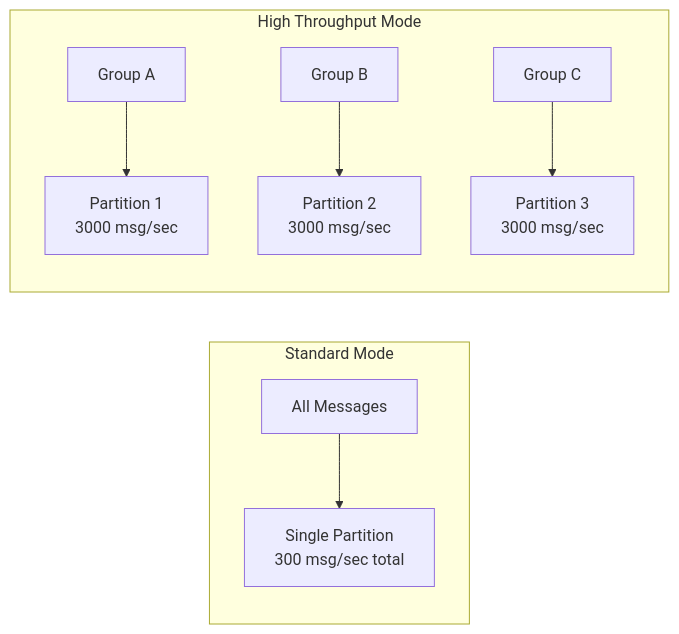
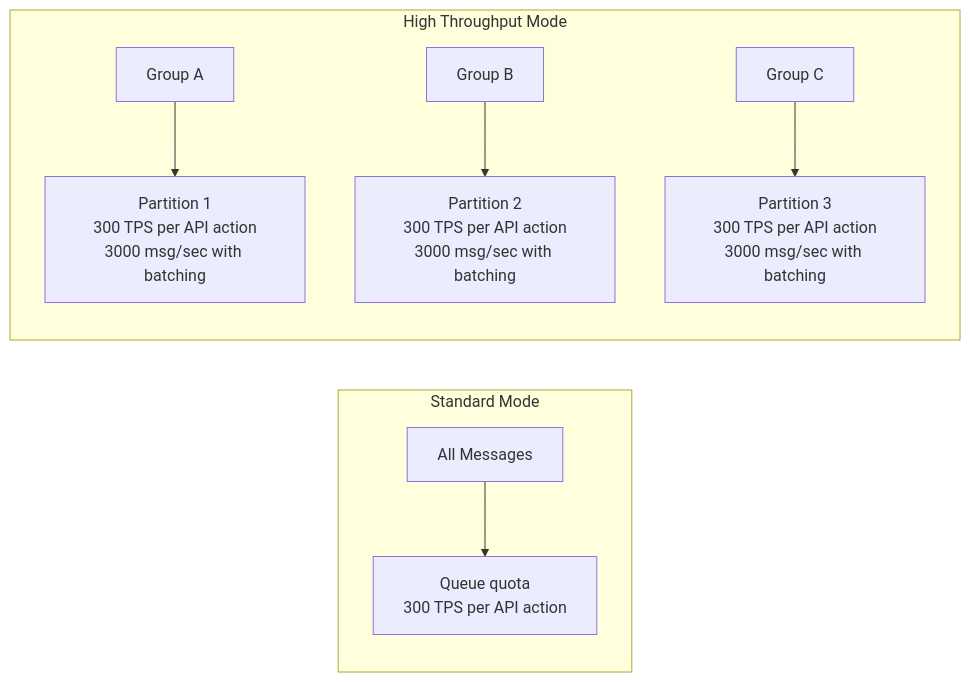
The third of 3 diagrams in posts/2026-01-26-sqs-fifo-queues/README.md (OneUptime/blog), drawn with Mermaid before and after one commit. The commit also changed other lines of this file and 2 other files, not shown here.

````diff
--- a/posts/2026-01-26-sqs-fifo-queues/README.md
+++ b/posts/2026-01-26-sqs-fifo-queues/README.md
@@ -367,12 +365,12 @@
 ```mermaid
 flowchart LR
     subgraph "Standard Mode"
-        S[All Messages] --> SQ[Single Partition<br/>300 msg/sec total]
+        S[All Messages] --> SQ[Queue quota<br/>300 TPS per API action]
     end
 
     subgraph "High Throughput Mode"
-        G1[Group A] --> P1[Partition 1<br/>3000 msg/sec]
-        G2[Group B] --> P2[Partition 2<br/>3000 msg/sec]
-        G3[Group C] --> P3[Partition 3<br/>3000 msg/sec]
+        G1[Group A] --> P1[Partition 1<br/>300 TPS per API action<br/>3000 msg/sec with batching]
+        G2[Group B] --> P2[Partition 2<br/>300 TPS per API action<br/>3000 msg/sec with batching]
+        G3[Group C] --> P3[Partition 3<br/>300 TPS per API action<br/>3000 msg/sec with batching]
     end
 ```
````
